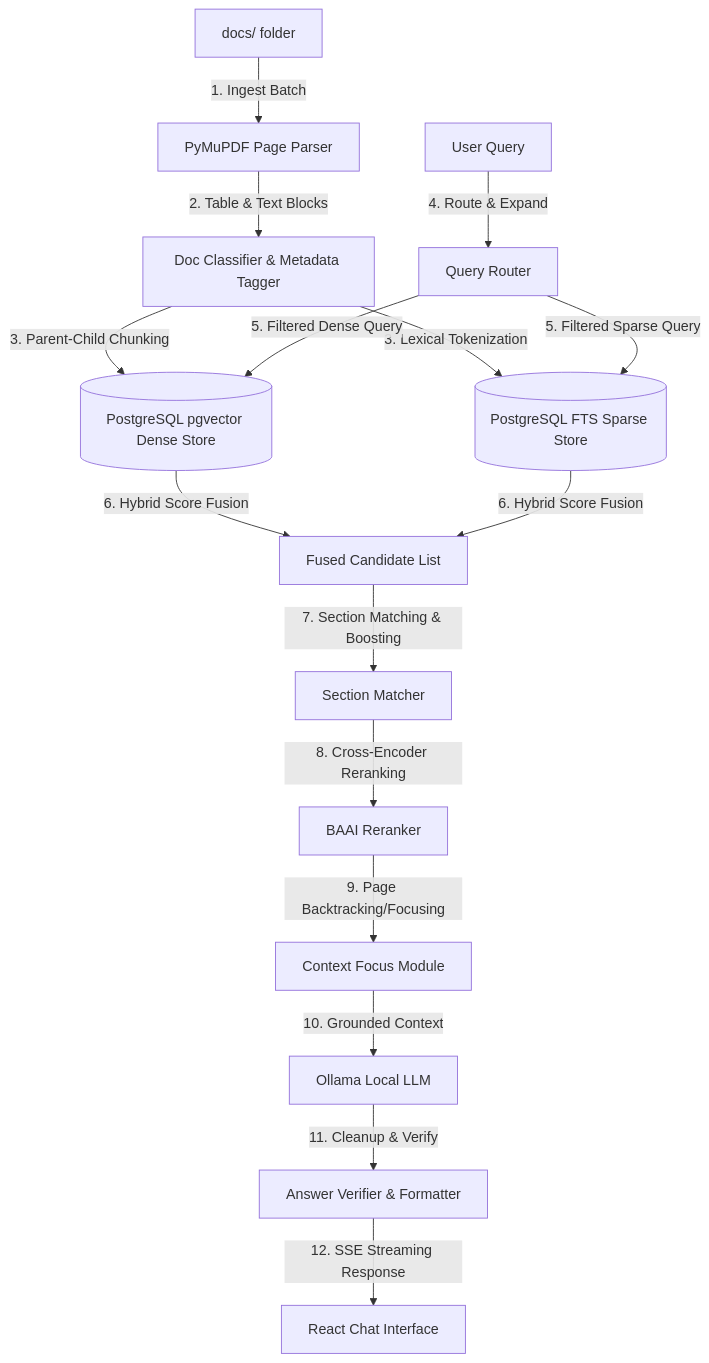
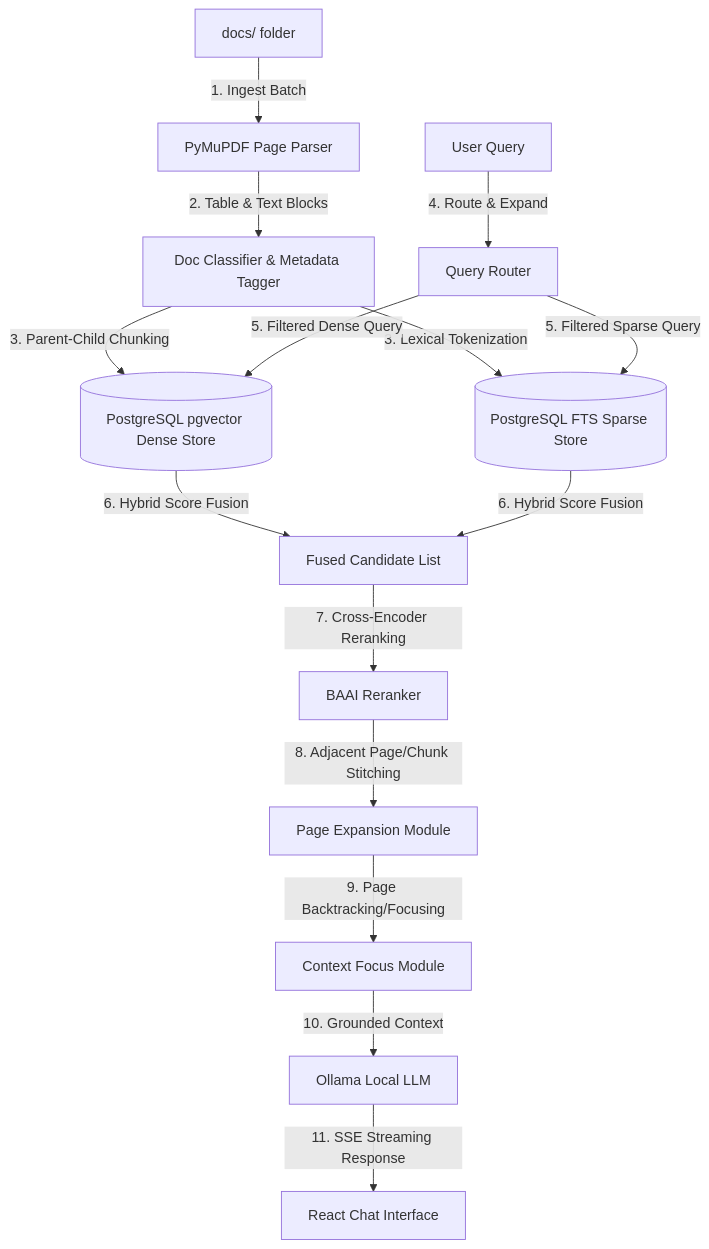
One commit to Lohithaswin/ai-layer changed the diagram in README.md. Above: the diagram before and after it, drawn with Mermaid. The commit also changed other lines of this file, not shown here.

````diff
--- a/README.md
+++ b/README.md
@@ -11,18 +25,17 @@
 ```mermaid
 graph TD
     A[docs/ folder] -->|1. Ingest Batch| B[PyMuPDF Page Parser]
     B -->|2. Table & Text Blocks| C[Doc Classifier & Metadata Tagger]
     C -->|3. Parent-Child Chunking| D[(PostgreSQL pgvector Dense Store)]
     C -->|3. Lexical Tokenization| E[(PostgreSQL FTS Sparse Store)]
     
     F[User Query] -->|4. Route & Expand| G[Query Router]
     G -->|5. Filtered Dense Query| D
     G -->|5. Filtered Sparse Query| E
     D & E -->|6. Hybrid Score Fusion| H[Fused Candidate List]
-    H -->|7. Section Matching & Boosting| I[Section Matcher]
-    I -->|8. Cross-Encoder Reranking| J[BAAI Reranker]
+    H -->|7. Cross-Encoder Reranking| I[BAAI Reranker]
+    I -->|8. Adjacent Page/Chunk Stitching| J[Page Expansion Module]
     J -->|9. Page Backtracking/Focusing| K[Context Focus Module]
     K -->|10. Grounded Context| L[Ollama Local LLM]
-    L -->|11. Cleanup & Verify| M[Answer Verifier & Formatter]
-    M -->|12. SSE Streaming Response| N[React Chat Interface]
+    L -->|11. SSE Streaming Response| M[React Chat Interface]
 ```
````
